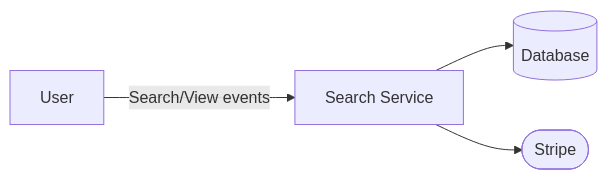
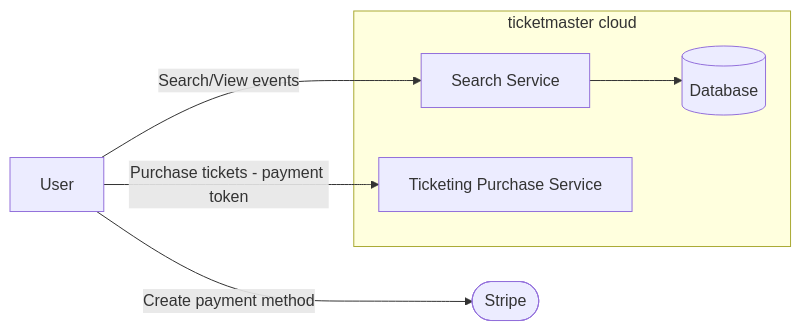
One commit to canda/javascript-excercises changed the diagram in src/system-design/ticketmaster/ticketmaster.mmd. Above: the diagram before and after it, drawn with Mermaid.

Commit message:
Mar 1, 2026, 12:28 PM

```diff
--- a/src/system-design/ticketmaster/ticketmaster.mmd
+++ b/src/system-design/ticketmaster/ticketmaster.mmd
@@ -1,23 +1,29 @@
 %% Functional requirements
 %%   - Search for events
 %%   - View event details
 %%   - Purchase tickets
 %%   - View purchased tickets
 
 %% Non-functional requirements
 %%   - Many users should be able to search and purchase tickets simultaneously without performance degradation.
 %%   - Millions of simultaneous users trying to purchase tickets for popular events should not cause the system to crash.
 %%   - Tens of thousands of events
 
 %% API
 %% /search?q={query} - GET -  Search for events
 %% /events/{event_id} - GET -  Get event details
 %% /payment-method - POST -  create a payment method (POST request with payment token from stripe)
 %% /purchase - POST -  Purchase tickets (POST request with event_id, quantity, and payment method id)
 %% /tickets - GET -  View purchased tickets (GET request with user authentication)
 
 flowchart LR
   U[User]
+  subgraph ticketmaster cloud
+    S[Search Service]
+    D@{ shape: database, label: "Database" }
+    TP[Ticketing Purchase Service]
+  end
   U -->|Search/View events| S[Search Service]
-  S --> D@{ shape: database, label: "Database" }
-  S --> St([Stripe])
+  S --> D
+  U -->|Create payment method| St([Stripe])
+  U -->|Purchase tickets - payment token| TP
```
